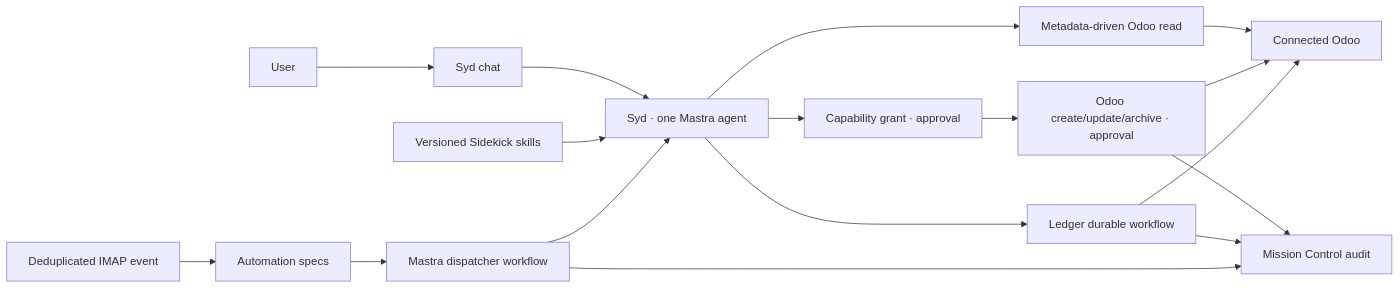
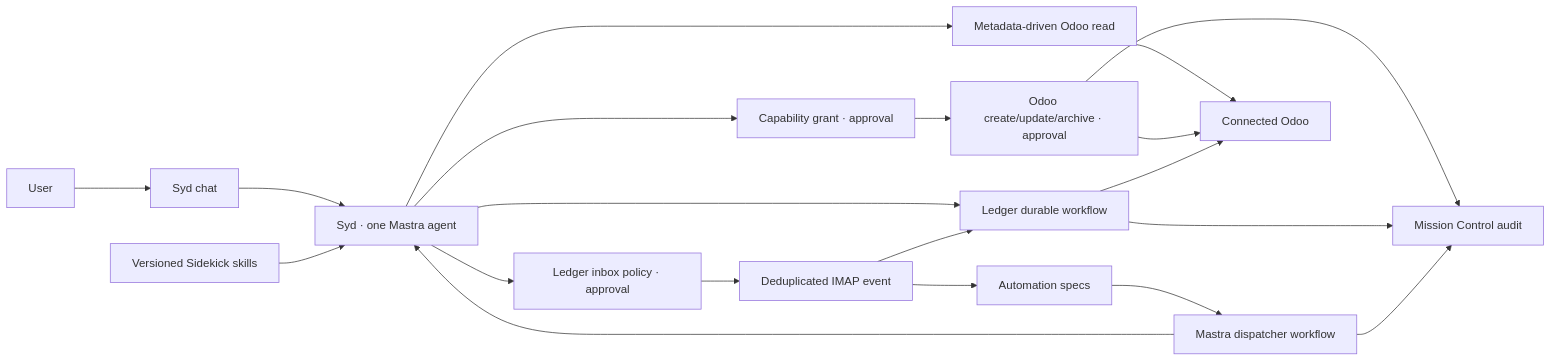
Before and after one commit to ibassoftware/sydekyks: the diagram in docs/architecture.md, drawn with Mermaid. The commit also changed other lines of this file and 10 other files, not shown here.

Commit message:
fix: validate provider tool schemas and configure bill inbox

````diff
--- a/docs/architecture.md
+++ b/docs/architecture.md
@@ -16,19 +16,22 @@
 ```mermaid
 flowchart LR
   User["User"] --> Chat["Syd chat"]
   Chat --> Syd["Syd · one Mastra agent"]
   Skills["Versioned Sidekick skills"] --> Syd
   Syd --> Read["Metadata-driven Odoo read"]
   Syd --> Grant["Capability grant · approval"]
   Grant --> Write["Odoo create/update/archive · approval"]
   Syd --> Ledger["Ledger durable workflow"]
+  Syd --> InboxConfig["Ledger inbox policy · approval"]
   Specs["Automation specs"] --> Dispatcher["Mastra dispatcher workflow"]
   IMAP["Deduplicated IMAP event"] --> Specs
+  IMAP --> Ledger
+  InboxConfig --> IMAP
   Dispatcher --> Syd
   Read --> Odoo["Connected Odoo"]
   Write --> Odoo
   Ledger --> Odoo
   Write --> Audit["Mission Control audit"]
   Ledger --> Audit
   Dispatcher --> Audit
 ```
````
